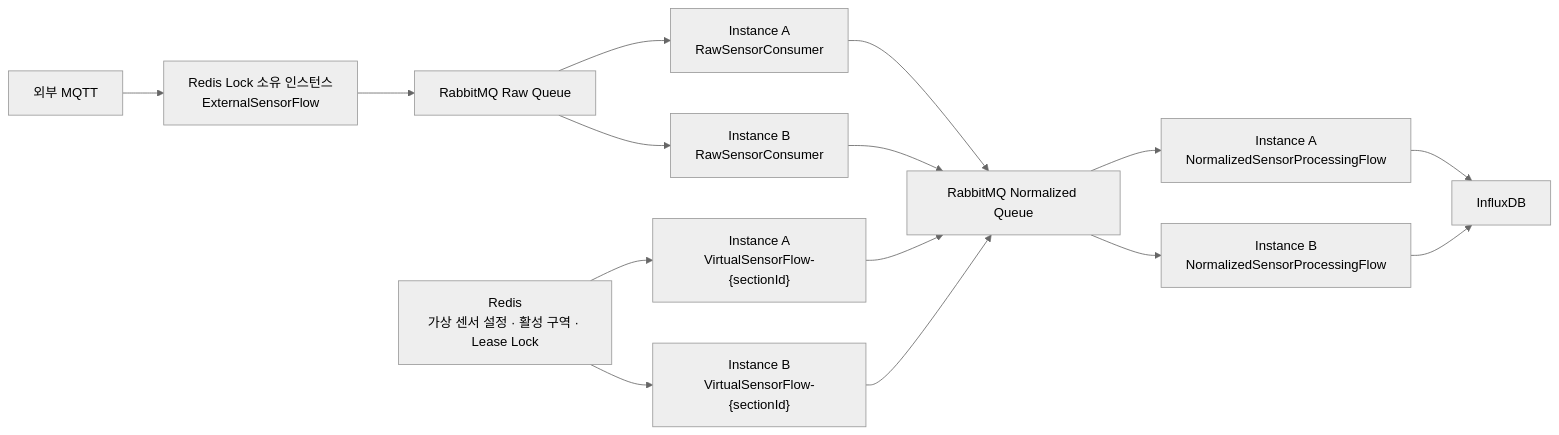
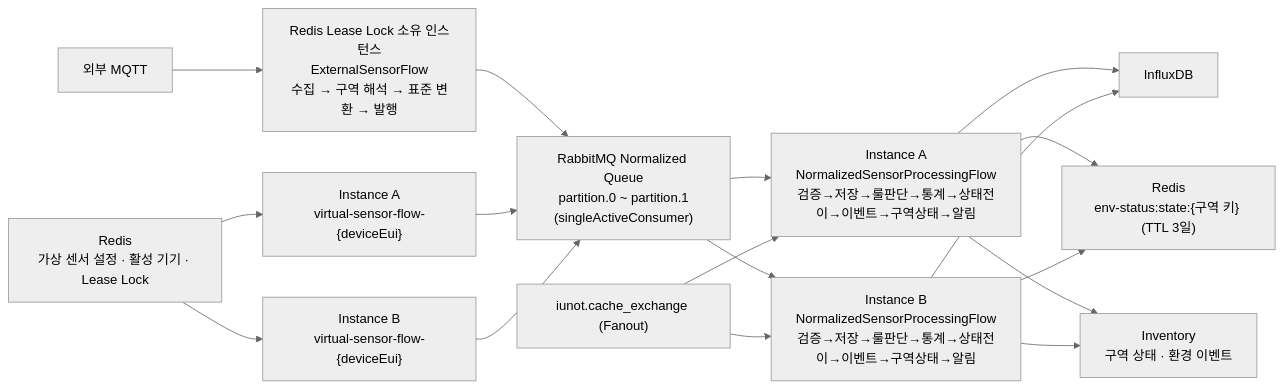
One commit to nhnacademy-aiot3-iUnoT/docs changed the diagram in 기능 명세/4.환경관리/7.룰엔진 이중화.md. Above: the diagram before and after it, drawn with Mermaid (neutral theme). The commit also changed other lines of this file and 13 other files, not shown here.

````diff
--- a/기능 명세/4.환경관리/7.룰엔진 이중화.md
+++ b/기능 명세/4.환경관리/7.룰엔진 이중화.md
@@ -9,19 +9,24 @@
 ```mermaid
 flowchart LR
-    MQTT["외부 MQTT"] --> Leader["Redis Lock 소유 인스턴스<br/>ExternalSensorFlow"]
-    Leader --> RawQ["RabbitMQ Raw Queue"]
-    RawQ --> RawA["Instance A<br/>RawSensorConsumer"]
-    RawQ --> RawB["Instance B<br/>RawSensorConsumer"]
-    RawA --> NormalQ["RabbitMQ Normalized Queue"]
-    RawB --> NormalQ
+    MQTT["외부 MQTT"] --> Leader["Redis Lease Lock 소유 인스턴스<br/>ExternalSensorFlow<br/>수집 → 구역 해석 → 표준 변환 → 발행"]
 
-    Redis["Redis<br/>가상 센서 설정 · 활성 구역 · Lease Lock"] --> VirtualA["Instance A<br/>VirtualSensorFlow-{sectionId}"]
-    Redis --> VirtualB["Instance B<br/>VirtualSensorFlow-{sectionId}"]
-    VirtualA --> NormalQ
-    VirtualB --> NormalQ
+    Redis["Redis<br/>가상 센서 설정 · 활성 기기 · Lease Lock"] --> VirtualA["Instance A<br/>virtual-sensor-flow-{deviceEui}"]
+    Redis --> VirtualB["Instance B<br/>virtual-sensor-flow-{deviceEui}"]
 
-    NormalQ --> FlowA["Instance A<br/>NormalizedSensorProcessingFlow"]
-    NormalQ --> FlowB["Instance B<br/>NormalizedSensorProcessingFlow"]
+    Leader --> PartQ["RabbitMQ Normalized Queue<br/>partition.0 ~ partition.1<br/>(singleActiveConsumer)"]
+    VirtualA --> PartQ
+    VirtualB --> PartQ
+
+    PartQ --> FlowA["Instance A<br/>NormalizedSensorProcessingFlow<br/>검증→저장→룰판단→통계→상태전이→이벤트→구역상태→알림"]
+    PartQ --> FlowB["Instance B<br/>NormalizedSensorProcessingFlow<br/>검증→저장→룰판단→통계→상태전이→이벤트→구역상태→알림"]
+
     FlowA --> Influx["InfluxDB"]
     FlowB --> Influx
+    FlowA --> StateRedis["Redis<br/>env-status:state:{구역 키} (TTL 3일)"]
+    FlowB --> StateRedis
+    FlowA --> Inv["Inventory<br/>구역 상태 · 환경 이벤트"]
+    FlowB --> Inv
+
+    CacheEx["iunot.cache_exchange (Fanout)"] --> FlowA
+    CacheEx --> FlowB
 ```
````
